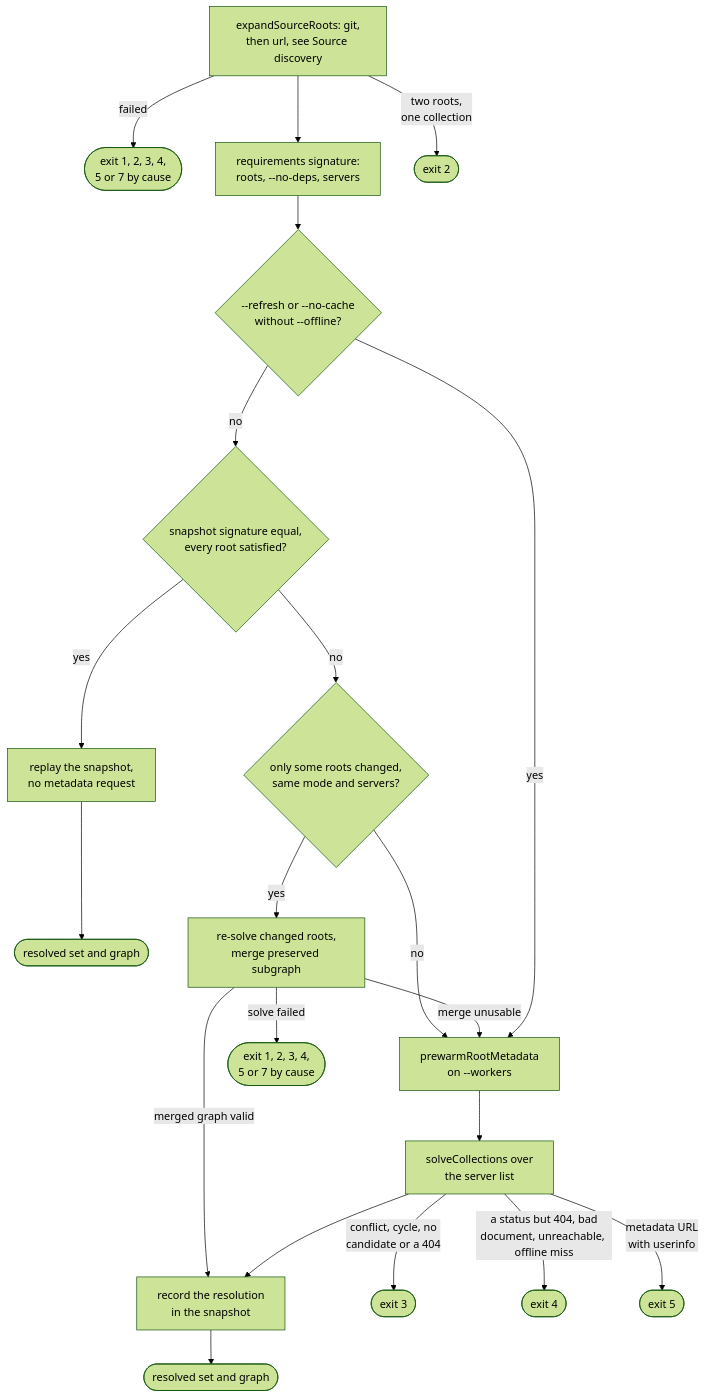
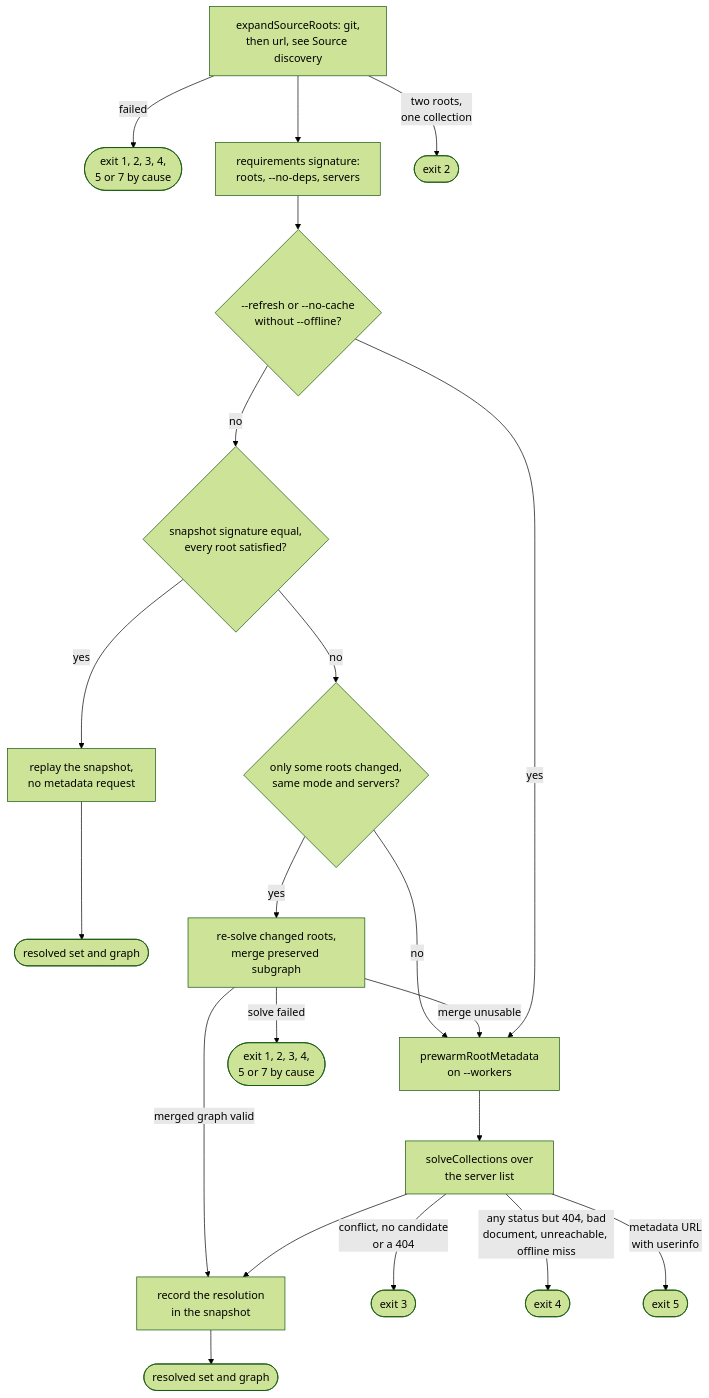
Before and after one commit to greeddj/go-galaxy: the third of 7 diagrams in docs/internals/flow-install.md, drawn with Mermaid (forest theme). The commit also changed other lines of this file and 36 other files, not shown here.

````diff
--- a/docs/internals/flow-install.md
+++ b/docs/internals/flow-install.md
@@ -72,23 +70,23 @@
 ```mermaid
 flowchart TD
   R1["expandSourceRoots: git,<br/>then url, see Source discovery"] -->|"failed"| RXD(["exit 1, 2, 3, 4,<br/>5 or 7 by cause"])
   R1 --> R2["requirements signature:<br/>roots, --no-deps, servers"]
   R1 -->|"two roots,<br/>one collection"| RX2(["exit 2"])
   R2 --> R3{"--refresh or --no-cache<br/>without --offline?"}
   R3 -->|"no"| R4{"snapshot signature equal,<br/>every root satisfied?"}
   R4 -->|"yes"| R5["replay the snapshot,<br/>no metadata request"]
   R5 --> R11A(["resolved set and graph"])
   R4 -->|"no"| R6{"only some roots changed,<br/>same mode and servers?"}
   R6 -->|"no"| R8["prewarmRootMetadata<br/>on --workers"]
   R6 -->|"yes"| R7["re-solve changed roots,<br/>merge preserved subgraph"]
   R7 -->|"merge unusable"| R8
   R7 -->|"solve failed"| RXD2(["exit 1, 2, 3, 4,<br/>5 or 7 by cause"])
   R7 -->|"merged graph valid"| R10
   R3 -->|"yes"| R8
   R8 --> R9["solveCollections over<br/>the server list"]
-  R9 -->|"conflict, cycle, no<br/>candidate or a 404"| RX3(["exit 3"])
-  R9 -->|"a status but 404, bad<br/>document, unreachable, offline miss"| RX4(["exit 4"])
+  R9 -->|"conflict, no candidate<br/>or a 404"| RX3(["exit 3"])
+  R9 -->|"any status but 404, bad<br/>document, unreachable, offline miss"| RX4(["exit 4"])
   R9 -->|"metadata URL<br/>with userinfo"| RX5(["exit 5"])
   R9 --> R10["record the resolution<br/>in the snapshot"]
   R10 --> R11(["resolved set and graph"])
 ```
````
